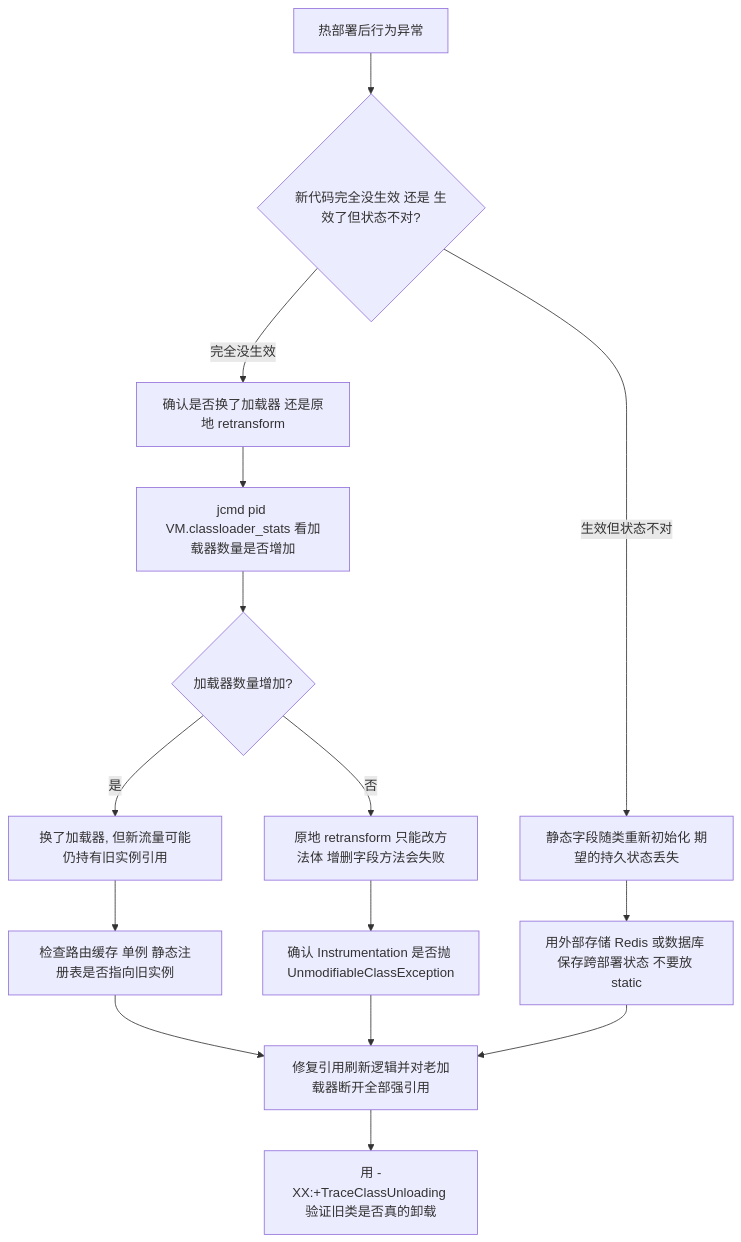
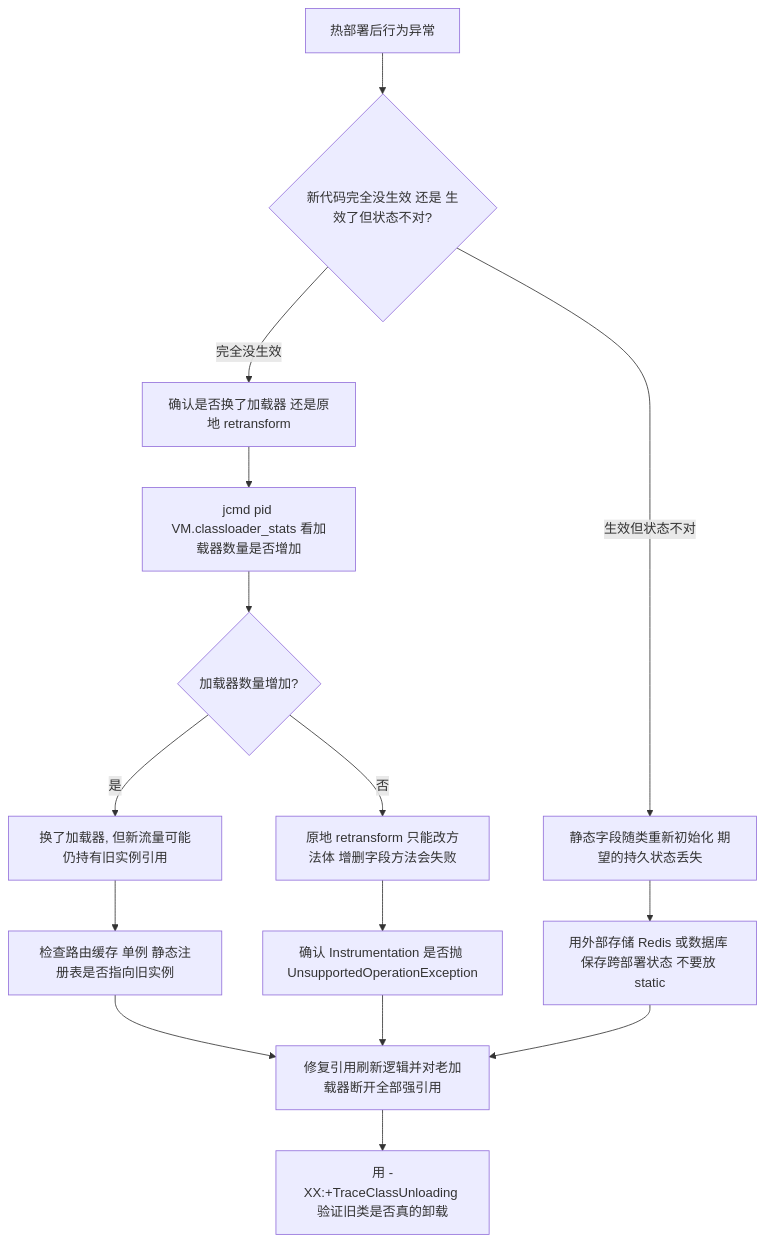
Before and after one commit to jacketan/java-interview: diagram 14 of 14 in 03-jvm/03-类加载机制.md, drawn with Mermaid. The commit also changed other lines of this file and 38 other files, not shown here.

````diff
--- a/03-jvm/03-类加载机制.md
+++ b/03-jvm/03-类加载机制.md
@@ -1590,17 +1596,17 @@
 ```mermaid
 flowchart TD
   S["热部署后行为异常"] --> Q1{"新代码完全没生效 还是 生效了但状态不对?"}
   Q1 -->|"完全没生效"| A1["确认是否换了加载器 还是原地 retransform"]
   A1 --> A2["jcmd pid VM.classloader_stats 看加载器数量是否增加"]
   A2 --> Q2{"加载器数量增加?"}
   Q2 -->|"是"| B1["换了加载器, 但新流量可能仍持有旧实例引用"]
   Q2 -->|"否"| B2["原地 retransform 只能改方法体 增删字段方法会失败"]
   B1 --> C1["检查路由缓存 单例 静态注册表是否指向旧实例"]
-  B2 --> C2["确认 Instrumentation 是否抛 UnmodifiableClassException"]
+  B2 --> C2["确认 Instrumentation 是否抛 UnsupportedOperationException"]
   Q1 -->|"生效但状态不对"| D1["静态字段随类重新初始化 期望的持久状态丢失"]
   D1 --> D2["用外部存储 Redis 或数据库 保存跨部署状态 不要放 static"]
   C1 --> E1["修复引用刷新逻辑并对老加载器断开全部强引用"]
   C2 --> E1
   D2 --> E1
   E1 --> F1["用 -XX:+TraceClassUnloading 验证旧类是否真的卸载"]
 ```
````
